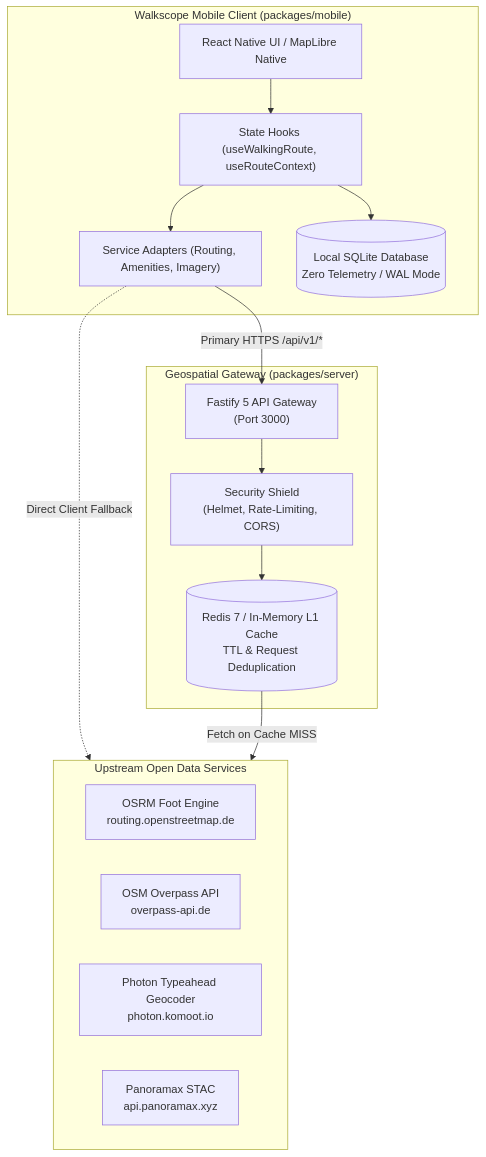
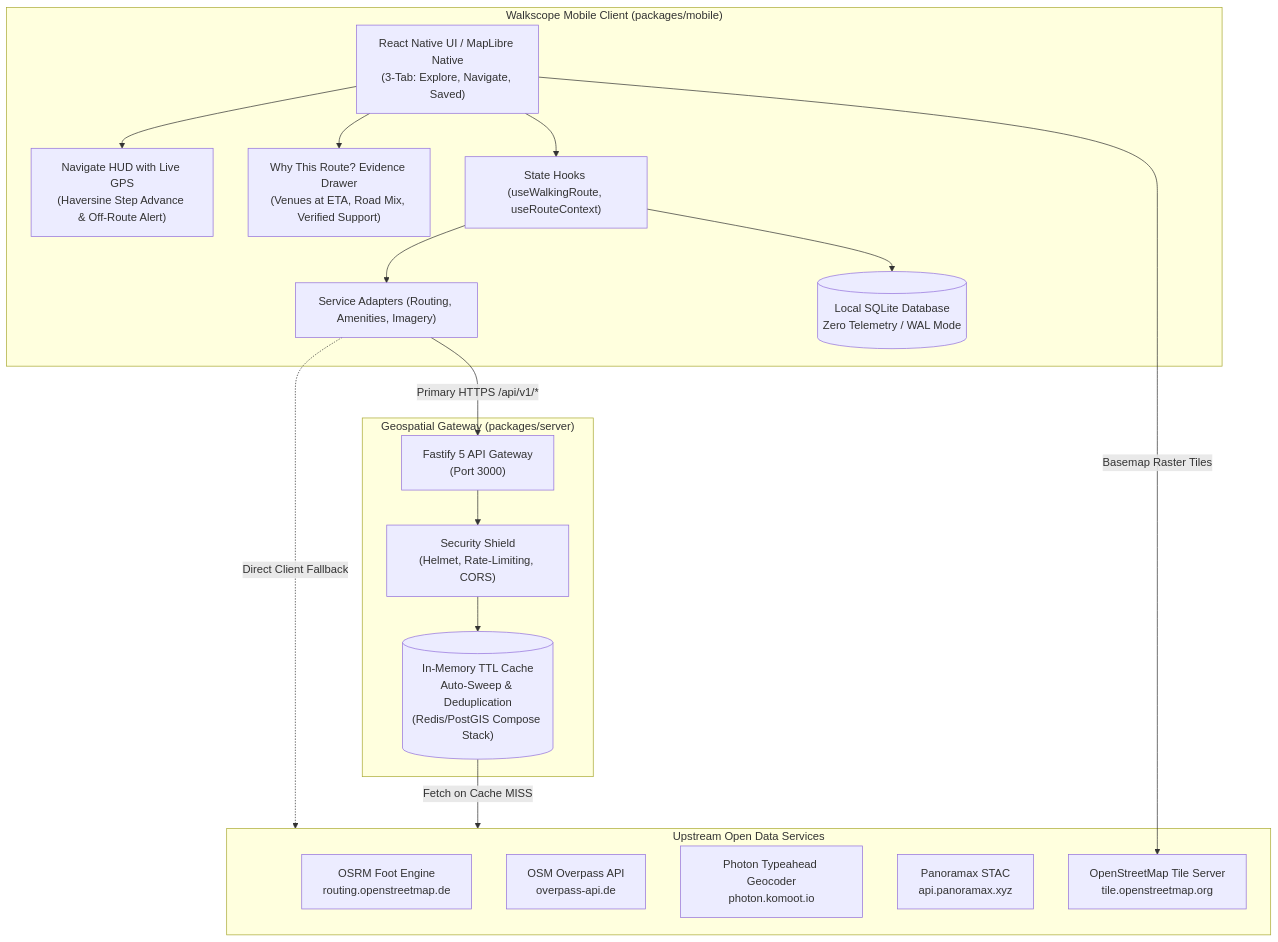
The first of 3 diagrams in README.md (KatkamKoushik/Walkscope), drawn with Mermaid before and after one commit. The commit also changed other lines of this file and 69 other files, not shown here.

````diff
--- a/README.md
+++ b/README.md
@@ -34,31 +40,38 @@
 ```mermaid
 flowchart TD
     subgraph MobileClient["Walkscope Mobile Client (packages/mobile)"]
-        UI["React Native UI / MapLibre Native"]
+        UI["React Native UI / MapLibre Native\n(3-Tab: Explore, Navigate, Saved)"]
+        HUD["Navigate HUD with Live GPS\n(Haversine Step Advance & Off-Route Alert)"]
+        Drawer["Why This Route? Evidence Drawer\n(Venues at ETA, Road Mix, Verified Support)"]
         Hooks["State Hooks (useWalkingRoute, useRouteContext)"]
         Adapters["Service Adapters (Routing, Amenities, Imagery)"]
         SQLite[("Local SQLite Database\nZero Telemetry / WAL Mode")]
+        
+        UI --> HUD
+        UI --> Drawer
         UI --> Hooks
         Hooks --> Adapters
         Hooks --> SQLite
     end
 
     subgraph BackendGateway["Geospatial Gateway (packages/server)"]
         Fastify["Fastify 5 API Gateway\n(Port 3000)"]
         Security["Security Shield\n(Helmet, Rate-Limiting, CORS)"]
-        L1Cache[("Redis 7 / In-Memory L1 Cache\nTTL & Request Deduplication")]
+        L1Cache[("In-Memory TTL Cache\nAuto-Sweep & Deduplication\n(Redis/PostGIS Compose Stack)")]
         Fastify --> Security
         Security --> L1Cache
     end
 
     subgraph UpstreamProviders["Upstream Open Data Services"]
         OSRM["OSRM Foot Engine\nrouting.openstreetmap.de"]
         Overpass["OSM Overpass API\noverpass-api.de"]
         Photon["Photon Typeahead Geocoder\nphoton.komoot.io"]
         Panoramax["Panoramax STAC\napi.panoramax.xyz"]
+        OSMTiles["OpenStreetMap Tile Server\ntile.openstreetmap.org"]
     end
 
     Adapters -->|Primary HTTPS /api/v1/*| Fastify
     Adapters -.->|Direct Client Fallback| UpstreamProviders
     L1Cache -->|Fetch on Cache MISS| UpstreamProviders
+    UI -->|Basemap Raster Tiles| OSMTiles
 ```
````
